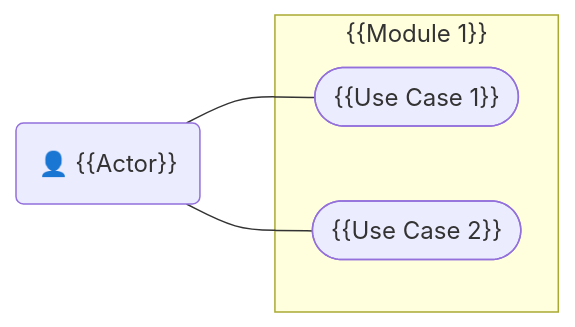
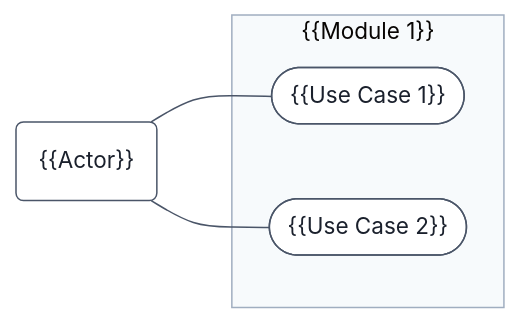
Before and after one commit to sonbui31/BA-studies: the second of 4 diagrams in BA-agent/BA-document-rule/templates/srs.md, drawn with Mermaid. The commit also changed other lines of this file and 97 other files, not shown here.

First line of the commit message:
Add diagram linting and rendering tools with tests

````diff
--- a/BA-agent/BA-document-rule/templates/srs.md
+++ b/BA-agent/BA-document-rule/templates/srs.md
@@ -99,9 +100,10 @@
 ```mermaid
+%%{init: {"theme": "base", "fontFamily": "Arial, Helvetica, sans-serif", "themeVariables": {"fontSize": "15px", "primaryColor": "#FFFFFF", "primaryBorderColor": "#4A5568", "primaryTextColor": "#1A202C", "lineColor": "#4A5568", "secondaryColor": "#F7FAFC", "tertiaryColor": "#F7FAFC", "clusterBkg": "#F7FAFC", "clusterBorder": "#A0AEC0", "edgeLabelBackground": "#FFFFFF", "actorBkg": "#EBF8FF", "actorBorder": "#2B6CB0", "noteBkgColor": "#FFF8E1", "noteBorderColor": "#B7791F"}}}%%
 graph LR
     subgraph "{{Module 1}}"
         UC1(["{{Use Case 1}}"])
         UC2(["{{Use Case 2}}"])
     end
-    A1("👤 {{Actor}}") --- UC1
+    A1("{{Actor}}") --- UC1
     A1 --- UC2
 ```
````
